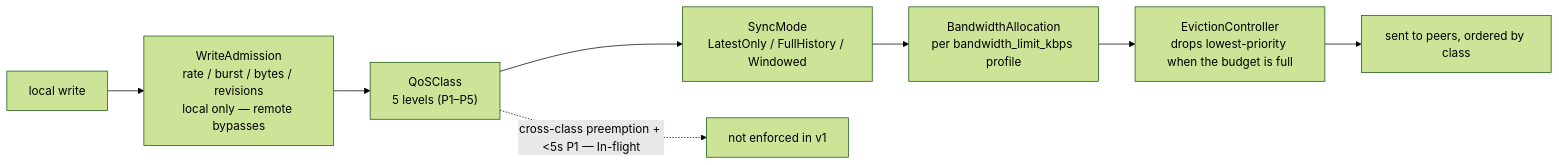
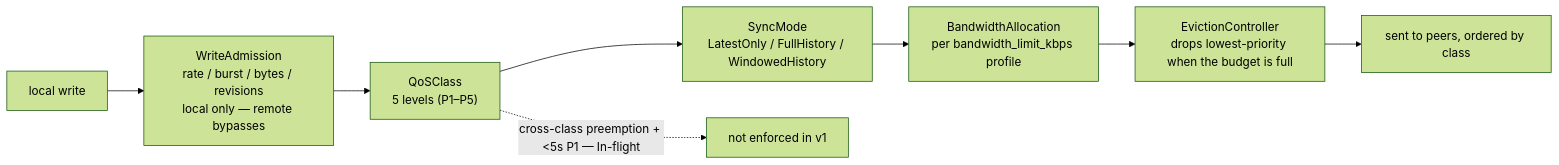
The third of 3 diagrams in 08-running-and-operating.md (parleylabs/peat-learning), drawn with Mermaid (forest theme) before and after one commit. The commit also changed other lines of this file and 13 other files, not shown here.

````diff
--- a/08-running-and-operating.md
+++ b/08-running-and-operating.md
@@ -457,10 +457,10 @@
 ```mermaid
 flowchart LR
   ch["local write"] --> wa["WriteAdmission<br/>rate / burst / bytes / revisions<br/>local only — remote bypasses"]
   wa --> cls["QoSClass<br/>5 levels (P1–P5)"]
-  cls --> sm["SyncMode<br/>LatestOnly / FullHistory / Windowed"]
+  cls --> sm["SyncMode<br/>LatestOnly / FullHistory / WindowedHistory"]
   sm --> ba["BandwidthAllocation<br/>per bandwidth_limit_kbps profile"]
   ba --> ec["EvictionController<br/>drops lowest-priority when the budget is full"]
   ec --> outp["sent to peers, ordered by class"]
   cls -. "cross-class preemption + <5s P1 — In-flight" .-> gap["not enforced in v1"]
 ```
````
